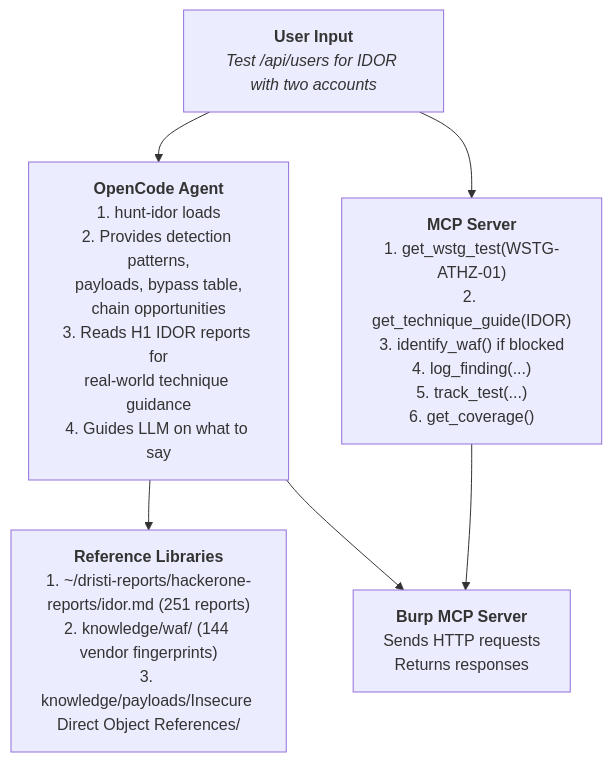
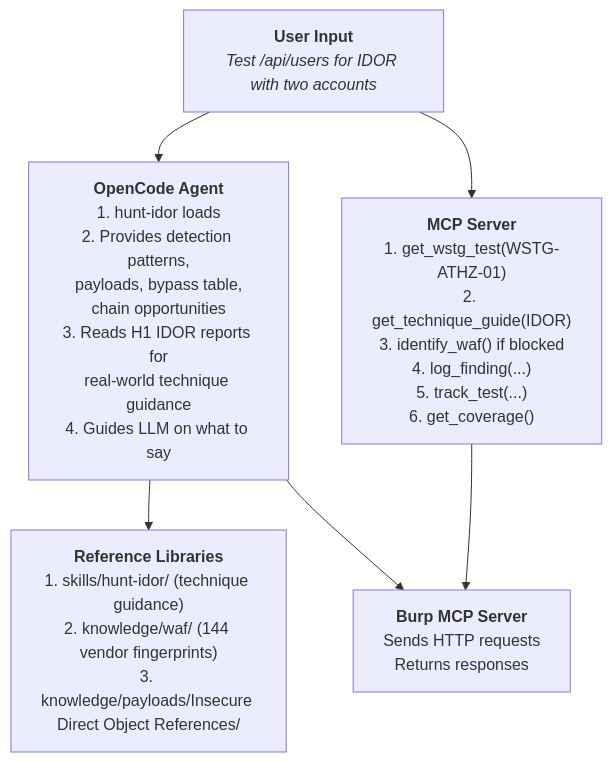
The third of 3 diagrams in docs/workflow.md (manojxshrestha/dristi), drawn with Mermaid before and after one commit. The commit also changed other lines of this file and 51 other files, not shown here.

First line of the commit message:
Remove stale Disclosed Reports references from 48 hunt agents, autopilot, docs

````diff
--- a/docs/workflow.md
+++ b/docs/workflow.md
@@ -351,37 +346,37 @@
 ```mermaid
 graph TB
     User["`**User Input**
     *Test /api/users for IDOR with two accounts*`"]
 
     Agent["`**OpenCode Agent**
     1. hunt-idor loads
     2. Provides detection patterns,
        payloads, bypass table,
        chain opportunities
     3. Reads H1 IDOR reports for
        real-world technique guidance
     4. Guides LLM on what to say`"]
 
     MCP["`**MCP Server**
     1. get_wstg_test(WSTG-ATHZ-01)
     2. get_technique_guide(IDOR)
     3. identify_waf() if blocked
     4. log_finding(...)
     5. track_test(...)
     6. get_coverage()`"]
 
     Refs["`**Reference Libraries**
-    1. ~/dristi-reports/hackerone-reports/idor.md (251 reports)
+    1. skills/hunt-idor/ (technique guidance)
     2. knowledge/waf/ (144 vendor fingerprints)
     3. knowledge/payloads/Insecure Direct Object References/`"]
 
     Burp["`**Burp MCP Server**
     Sends HTTP requests
     Returns responses`"]
 
     User --> Agent
     User --> MCP
     Agent --> Refs
     Agent --> Burp
     MCP --> Burp
 ```
````
